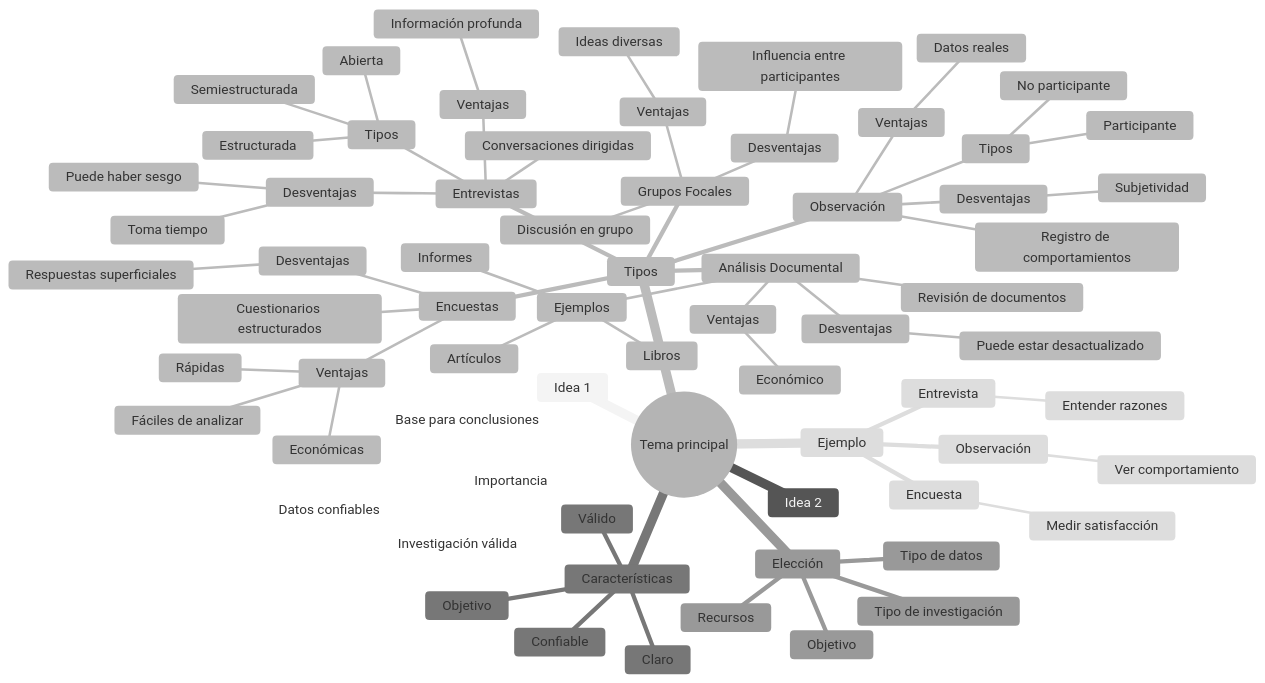
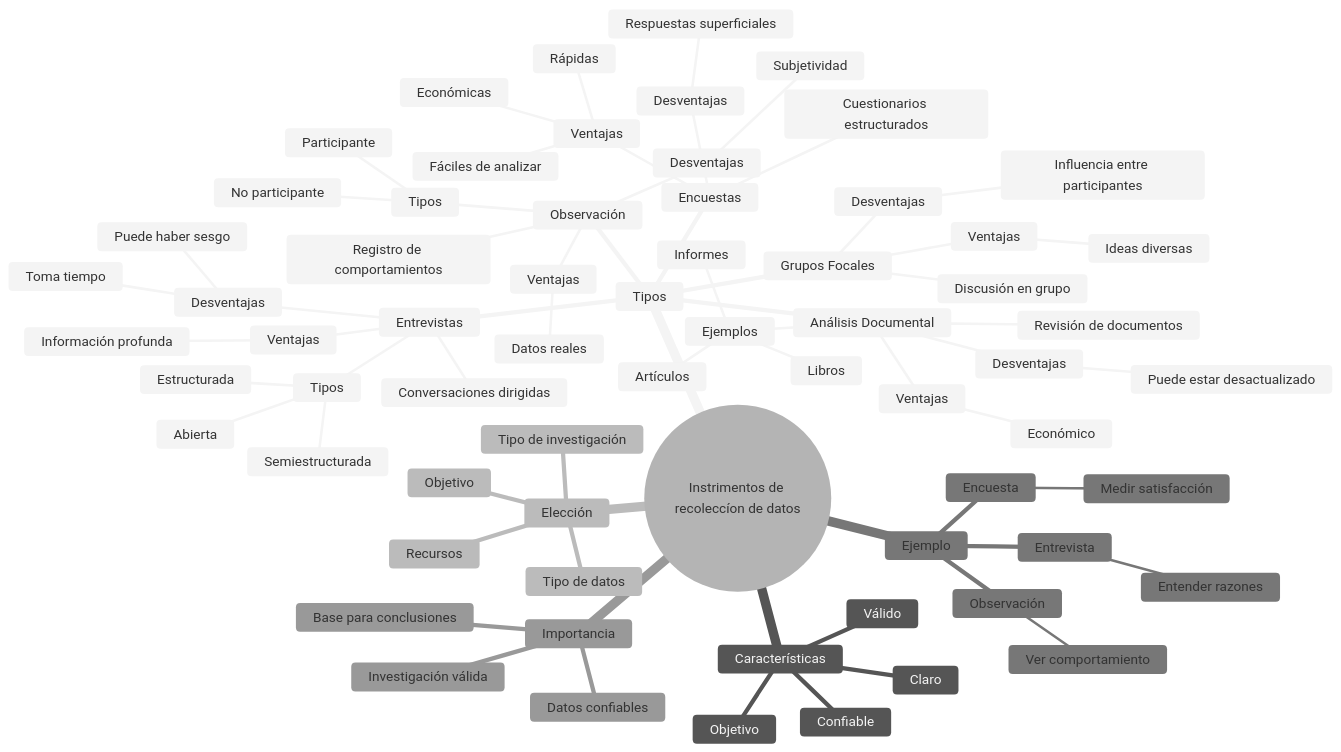
One commit to Kevin81A/ADSO-3413974 changed the diagram in 06-week/Instrumentos.md. Above: the diagram before and after it, drawn with Mermaid (neutral theme).

Commit message:
Update mindmap root topic to data collection instruments

````diff
--- a/06-week/Instrumentos.md
+++ b/06-week/Instrumentos.md
@@ -1,81 +1,80 @@
 ```mermaid
 mindmap
-  root((Tema principal))
-    Idea 1
-    Idea 2
+  root((Instrimentos de recoleccíon de datos))
+
 
     Tipos
       Encuestas
         Cuestionarios estructurados
         Ventajas
           Rápidas
           Económicas
           Fáciles de analizar
         Desventajas
           Respuestas superficiales
 
       Entrevistas
         Conversaciones dirigidas
         Tipos
           Estructurada
           Semiestructurada
           Abierta
         Ventajas
           Información profunda
         Desventajas
           Toma tiempo
           Puede haber sesgo
 
       Observación
         Registro de comportamientos
         Tipos
           Participante
           No participante
         Ventajas
           Datos reales
         Desventajas
           Subjetividad
 
       Grupos Focales
         Discusión en grupo
         Ventajas
           Ideas diversas
         Desventajas
           Influencia entre participantes
 
       Análisis Documental
         Revisión de documentos
         Ejemplos
           Libros
           Informes
           Artículos
         Ventajas
           Económico
         Desventajas
           Puede estar desactualizado
 
     Características
       Válido
       Confiable
       Objetivo
       Claro
 
     Elección
       Tipo de investigación
       Objetivo
       Recursos
       Tipo de datos
 
     Ejemplo
       Encuesta
         Medir satisfacción
       Entrevista
         Entender razones
       Observación
         Ver comportamiento
 
     Importancia
       Datos confiables
       Base para conclusiones
       Investigación válida
 ```
````
